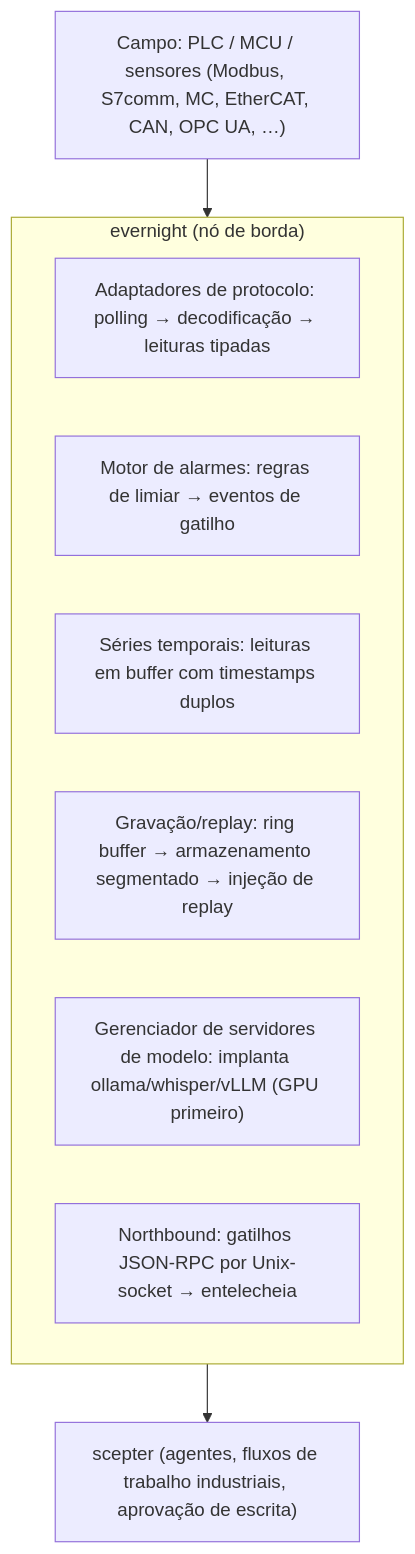
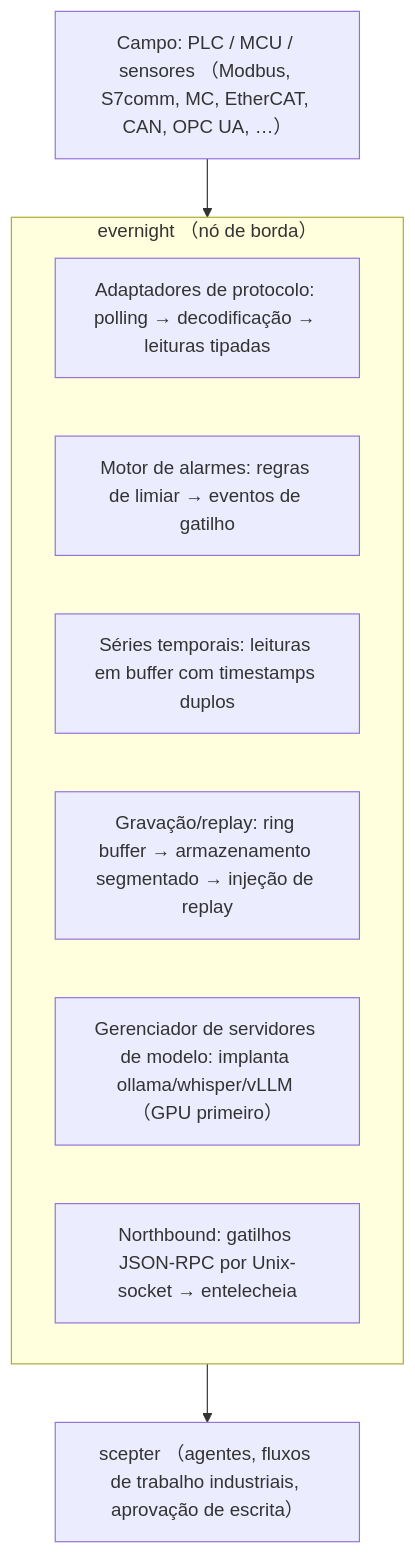
One commit to celestia-island/docs.celestia.world changed the diagram in docs/pt/platforms/evernight.md. Above: the diagram before and after it, drawn with Mermaid. The commit also changed 35 other files, not shown here.

First line of the commit message:
📝 Convert ASCII parentheses in mermaid fences to fullwidth across languages. (#96)

````diff
--- a/docs/pt/platforms/evernight.md
+++ b/docs/pt/platforms/evernight.md
@@ -11,14 +11,14 @@
 ```mermaid
 flowchart TD
-    C["Campo: PLC / MCU / sensores (Modbus, S7comm, MC, EtherCAT, CAN, OPC UA, …)"]
-    subgraph G["evernight (nó de borda)"]
+    C["Campo: PLC / MCU / sensores （Modbus, S7comm, MC, EtherCAT, CAN, OPC UA, …）"]
+    subgraph G["evernight （nó de borda）"]
         N0["Adaptadores de protocolo: polling → decodificação → leituras tipadas"]
         N1["Motor de alarmes: regras de limiar → eventos de gatilho"]
         N2["Séries temporais: leituras em buffer com timestamps duplos"]
         N3["Gravação/replay: ring buffer → armazenamento segmentado → injeção de replay"]
-        N4["Gerenciador de servidores de modelo: implanta ollama/whisper/vLLM (GPU primeiro)"]
+        N4["Gerenciador de servidores de modelo: implanta ollama/whisper/vLLM （GPU primeiro）"]
         N5["Northbound: gatilhos JSON-RPC por Unix-socket → entelecheia"]
     end
     C --> G
-    G --> B["scepter (agentes, fluxos de trabalho industriais, aprovação de escrita)"]
+    G --> B["scepter （agentes, fluxos de trabalho industriais, aprovação de escrita）"]
 ```
````
